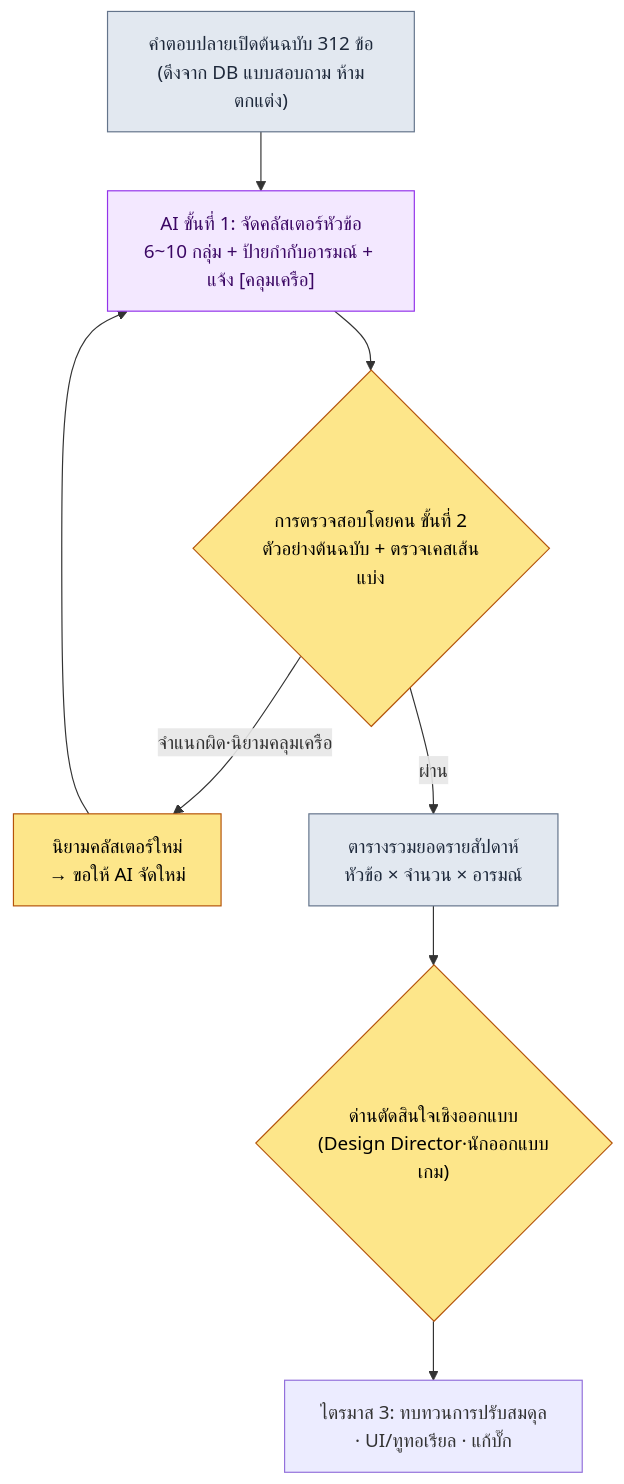
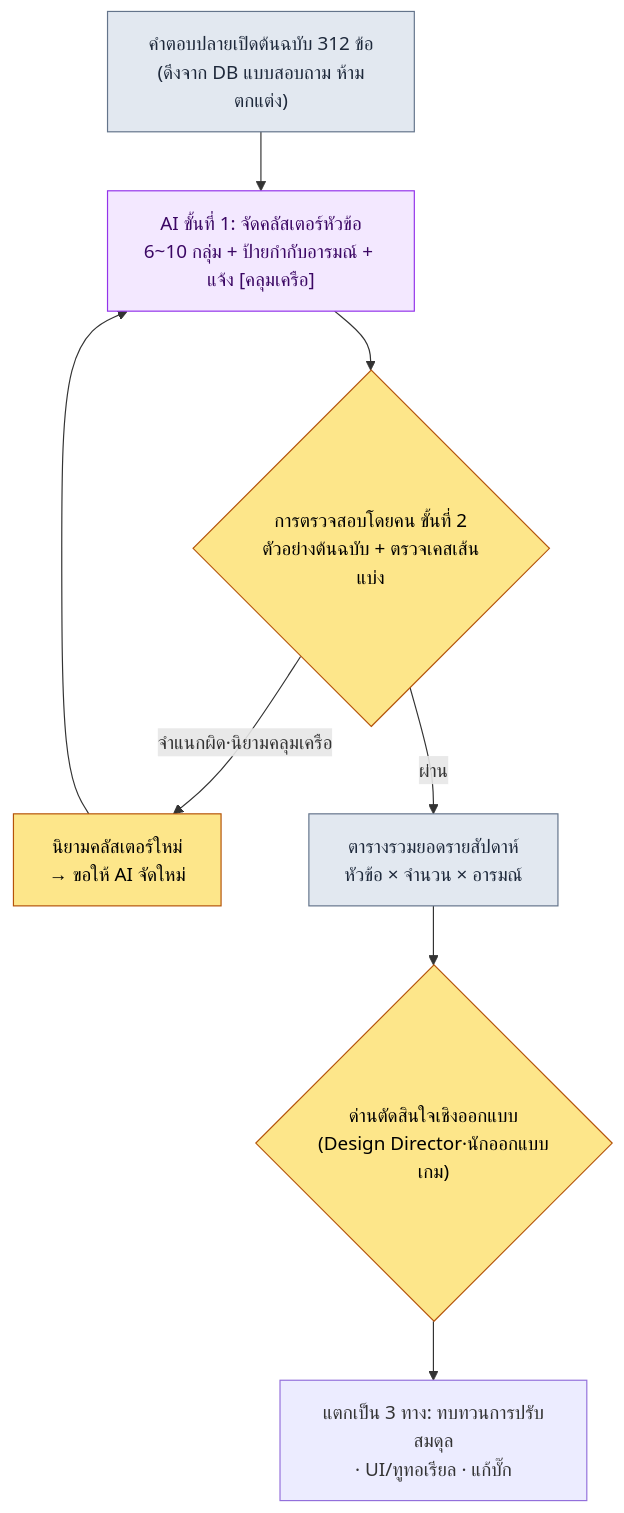
One commit to eremes81/game-design-ai-practice-th changed the first of 2 diagrams in manuscript/part13-data-kpi/chapter-1-faq-meta-game-analysis.md. Above: the diagram before and after it, drawn with Mermaid. The commit also changed 5 other files, not shown here.

````diff
--- a/manuscript/part13-data-kpi/chapter-1-faq-meta-game-analysis.md
+++ b/manuscript/part13-data-kpi/chapter-1-faq-meta-game-analysis.md
@@ -119,16 +119,16 @@
 ```mermaid
 flowchart TB
     A["คำตอบปลายเปิดต้นฉบับ 312 ข้อ<br/>(ดึงจาก DB แบบสอบถาม ห้ามตกแต่ง)"] --> B["AI ขั้นที่ 1: จัดคลัสเตอร์หัวข้อ<br/>6~10 กลุ่ม + ป้ายกำกับอารมณ์ + แจ้ง [คลุมเครือ]"]
     B --> C{"การตรวจสอบโดยคน ขั้นที่ 2<br/>ตัวอย่างต้นฉบับ + ตรวจเคสเส้นแบ่ง"}
     C -->|จำแนกผิด·นิยามคลุมเครือ| D["นิยามคลัสเตอร์ใหม่<br/>→ ขอให้ AI จัดใหม่"]
     D --> B
     C -->|ผ่าน| E["ตารางรวมยอดรายสัปดาห์<br/>หัวข้อ × จำนวน × อารมณ์"]
     E --> F{"ด่านตัดสินใจเชิงออกแบบ<br/>(Design Director·นักออกแบบเกม)"}
-    F --> G["ไตรมาส 3: ทบทวนการปรับสมดุล<br/>· UI/ทูทอเรียล · แก้บั๊ก"]
+    F --> G["แตกเป็น 3 ทาง: ทบทวนการปรับสมดุล<br/>· UI/ทูทอเรียล · แก้บั๊ก"]
     classDef ai fill:#f3e8ff,stroke:#9333ea,color:#3b0764;
     classDef human fill:#fde68a,stroke:#b45309,color:#000;
     classDef data fill:#e2e8f0,stroke:#64748b,color:#1e293b;
     class B ai;
     class C,D,F human;
     class A,E data;
 ```
````
